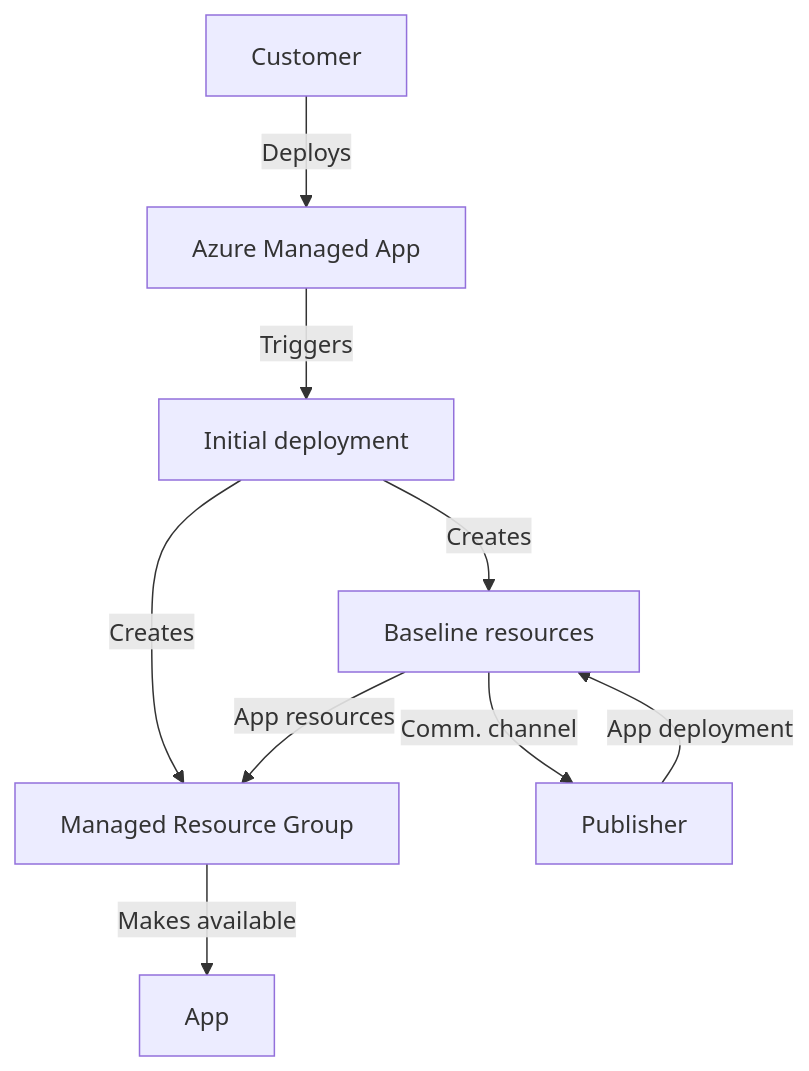
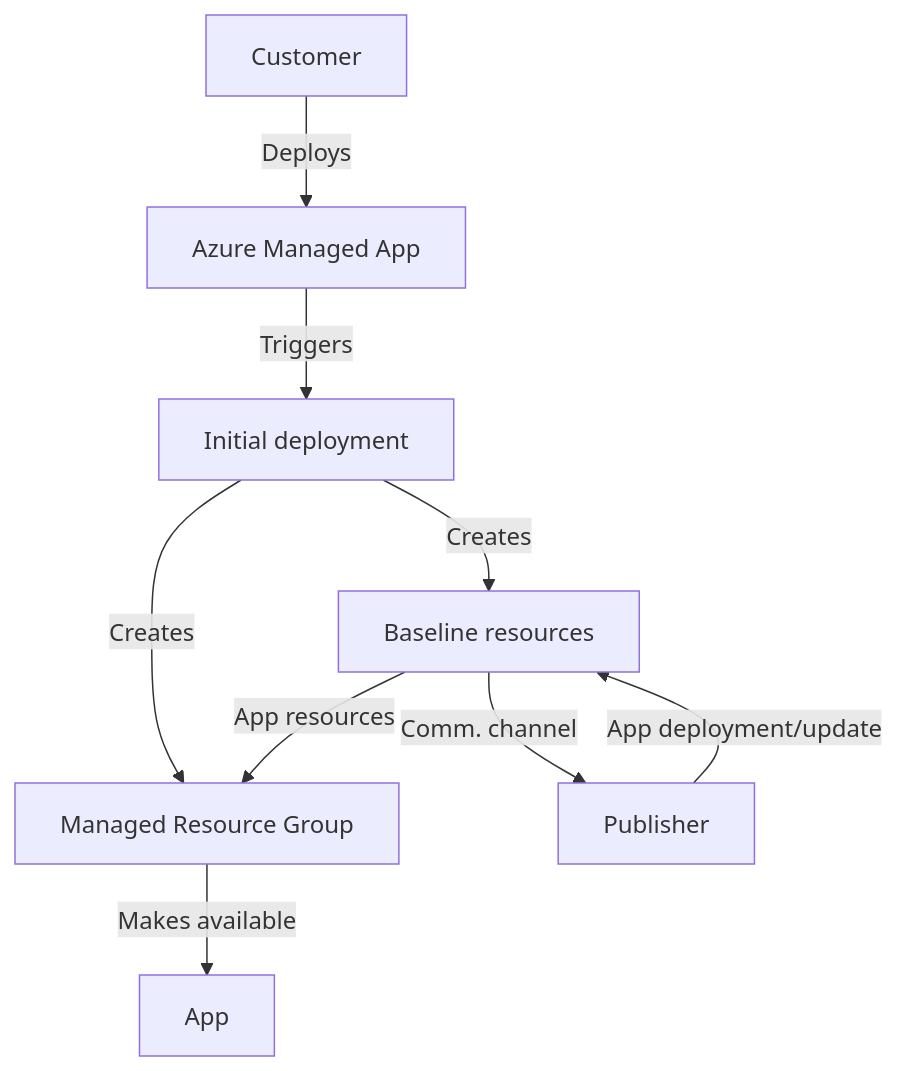
The diagram in README.md (Azure-Samples/ama-update-sample), drawn with Mermaid before and after one commit. The commit also changed other lines of this file and 1 other file, not shown here.

````diff
--- a/README.md
+++ b/README.md
@@ -22,11 +22,11 @@
 ```mermaid
 graph TD
     AMA --> | Triggers | ID[Initial deployment]
     Customer --> | Deploys | AMA[Azure Managed App]
     ID --> | Creates | MRG[Managed Resource Group]
     ID --> | Creates | BR[Baseline resources]
     BR --> | Comm. channel | Publisher
-    Publisher --> | App deployment | BR
+    Publisher --> | App deployment/update | BR
     BR --> | App resources | MRG
     MRG --> | Makes available | App
 ```
````
